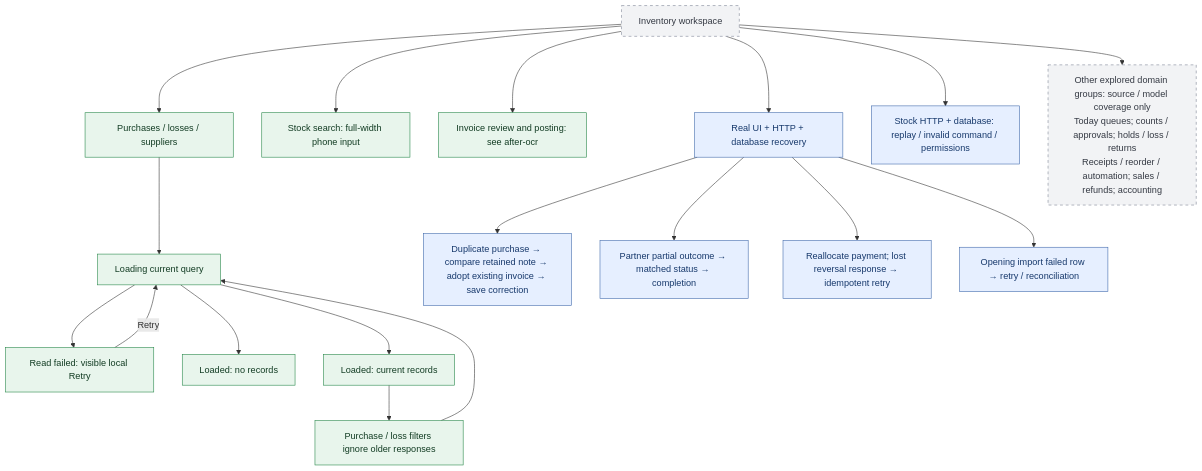
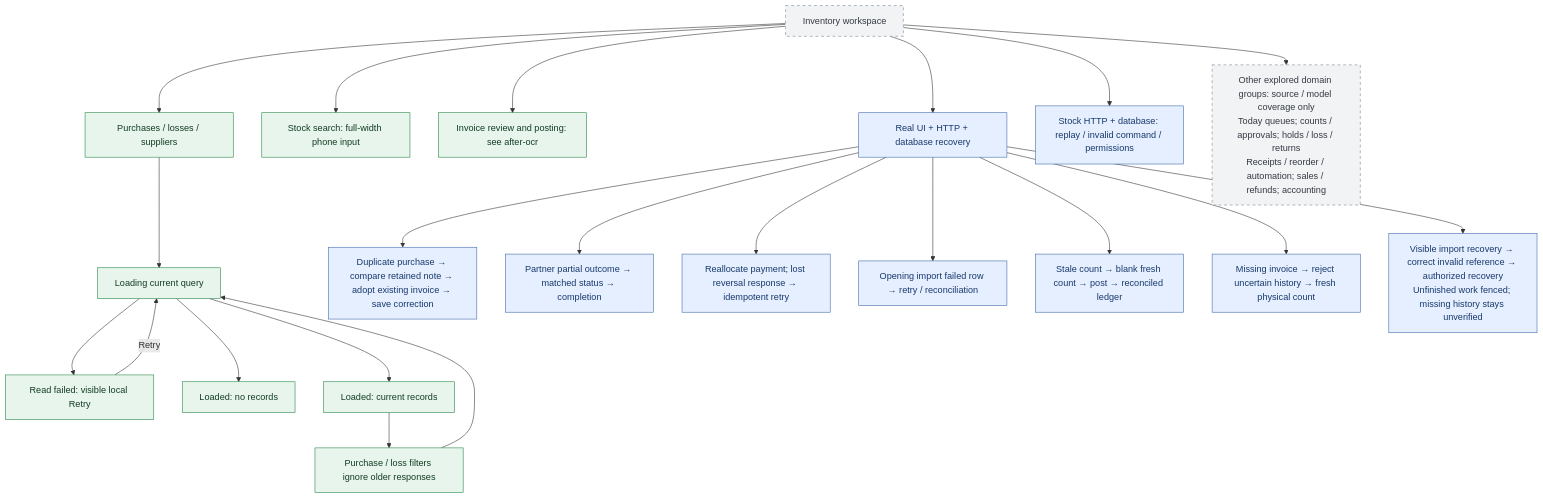
Before and after one commit to nareshshah139/Clinic_Management_System: the fourth of 4 diagrams in verification/inventory-gap-repair/STATEGRAPHS.md, drawn with Mermaid. The commit also changed 21 other files, not shown here.

Commit message:
fix(inventory): expose import recovery and revalidate proof mapping

````diff
--- a/verification/inventory-gap-repair/STATEGRAPHS.md
+++ b/verification/inventory-gap-repair/STATEGRAPHS.md
@@ -126,31 +126,34 @@
 ```mermaid
 flowchart TB
   I["Inventory workspace"]
   L["Purchases / losses / suppliers"]
   LOAD["Loading current query"]
   ERR["Read failed: visible local Retry"]
   EMPTY["Loaded: no records"]
   ROWS["Loaded: current records"]
   RACE["Purchase / loss filters ignore older responses"]
   STOCK["Stock search: full-width phone input"]
   OCR["Invoice review and posting: see after-ocr"]
   REC["Real UI + HTTP + database recovery"]
   PUR["Duplicate purchase → compare retained note → adopt existing invoice → save correction"]
   PART["Partner partial outcome → matched status → completion"]
   SUP["Reallocate payment; lost reversal response → idempotent retry"]
   OPEN["Opening import failed row → retry / reconciliation"]
+  COUNT["Stale count → blank fresh count → post → reconciled ledger"]
+  MISSING["Missing invoice → reject uncertain history → fresh physical count"]
+  INTAKE["Visible import recovery → correct invalid reference → authorized recovery\nUnfinished work fenced; missing history stays unverified"]
   DB["Stock HTTP + database: replay / invalid command / permissions"]
   OTHER["Other explored domain groups: source / model coverage only\nToday queues; counts / approvals; holds / loss / returns\nReceipts / reorder / automation; sales / refunds; accounting"]
   I --> L --> LOAD
   LOAD --> ERR -->|Retry| LOAD
   LOAD --> EMPTY & ROWS
   ROWS --> RACE --> LOAD
   I --> STOCK & OCR & REC & DB & OTHER
-  REC --> PUR & PART & SUP & OPEN
+  REC --> PUR & PART & SUP & OPEN & COUNT & MISSING & INTAKE
   classDef ui fill:#e8f5ec,stroke:#248647,color:#123c23
   classDef real fill:#e6efff,stroke:#3e68aa,color:#17396c
   classDef source fill:#f2f3f5,stroke:#7b8291,color:#343943,stroke-dasharray:5 5
   class L,LOAD,ERR,EMPTY,ROWS,RACE,STOCK,OCR ui
-  class REC,PUR,PART,SUP,OPEN,DB real
+  class REC,PUR,PART,SUP,OPEN,COUNT,MISSING,INTAKE,DB real
   class I,OTHER source
 ```
````
